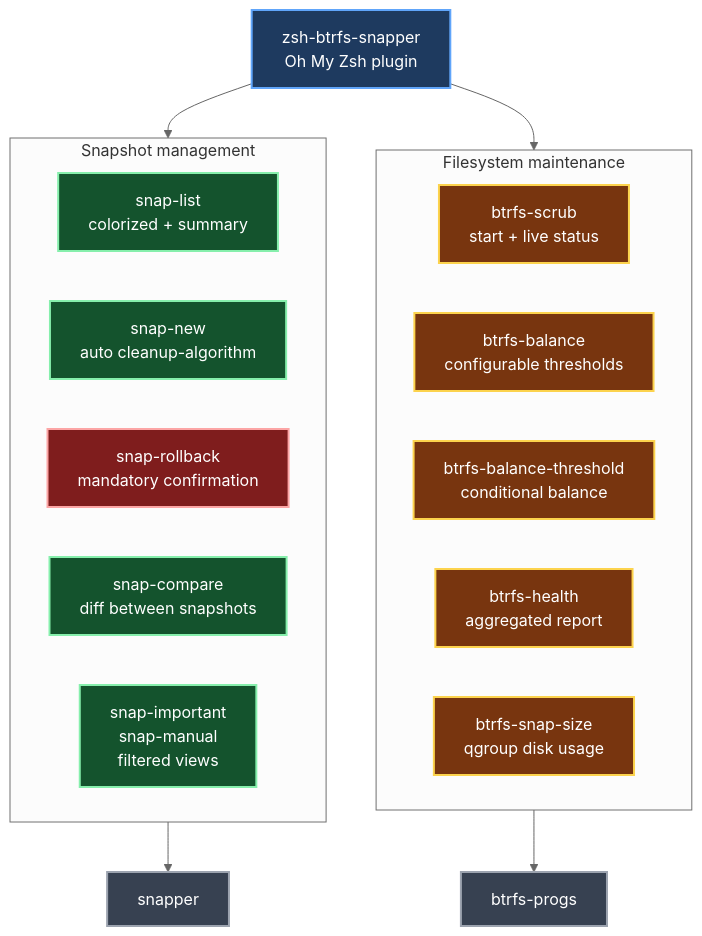
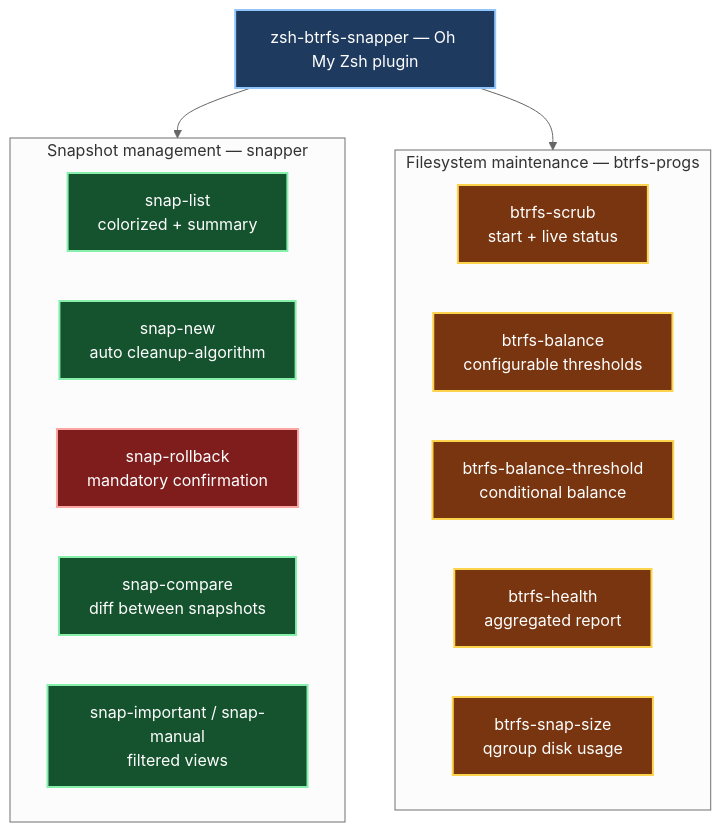
One commit to crisis1er/zsh-manager changed the diagram in README.md. Above: the diagram before and after it, drawn with Mermaid (neutral theme).

Commit message:
docs: redesign Mermaid diagram with dark color scheme

````diff
--- a/README.md
+++ b/README.md
@@ -20,34 +20,29 @@
 ```mermaid
 flowchart TD
-    classDef plugin  fill:#1e3a5f,stroke:#60a5fa,stroke-width:2px,color:#ffffff
+    classDef plugin  fill:#1e3a5f,stroke:#93c5fd,stroke-width:2px,color:#ffffff
     classDef snap    fill:#14532d,stroke:#86efac,stroke-width:2px,color:#ffffff
     classDef btrfs   fill:#78350f,stroke:#fcd34d,stroke-width:2px,color:#ffffff
-    classDef native  fill:#374151,stroke:#9ca3af,stroke-width:2px,color:#ffffff
+    classDef native  fill:#1f2937,stroke:#6b7280,stroke-width:2px,color:#9ca3af
     classDef safety  fill:#7f1d1d,stroke:#fca5a5,stroke-width:2px,color:#ffffff
 
-    PLUGIN[zsh-btrfs-snapper\nOh My Zsh plugin]:::plugin
+    PLUGIN[zsh-btrfs-snapper — Oh My Zsh plugin]:::plugin
 
-    subgraph SNAPPER[Snapshot management]
+    PLUGIN --> SNAPPER
+    PLUGIN --> BTRFS
+
+    subgraph SNAPPER[" Snapshot management — snapper "]
         SL[snap-list\ncolorized + summary]:::snap
         SN[snap-new\nauto cleanup-algorithm]:::snap
         SR[snap-rollback\nmandatory confirmation]:::safety
         SC[snap-compare\ndiff between snapshots]:::snap
-        SF[snap-important\nsnap-manual\nfiltered views]:::snap
+        SF[snap-important / snap-manual\nfiltered views]:::snap
     end
 
-    subgraph BTRFS[Filesystem maintenance]
+    subgraph BTRFS[" Filesystem maintenance — btrfs-progs "]
         BS[btrfs-scrub\nstart + live status]:::btrfs
         BB[btrfs-balance\nconfigurable thresholds]:::btrfs
         BT[btrfs-balance-threshold\nconditional balance]:::btrfs
         BH[btrfs-health\naggregated report]:::btrfs
         BZ[btrfs-snap-size\nqgroup disk usage]:::btrfs
     end
-
-    NATIVE_S[snapper]:::native
-    NATIVE_B[btrfs-progs]:::native
-
-    PLUGIN --> SNAPPER
-    PLUGIN --> BTRFS
-    SNAPPER --> NATIVE_S
-    BTRFS --> NATIVE_B
 ```
````
